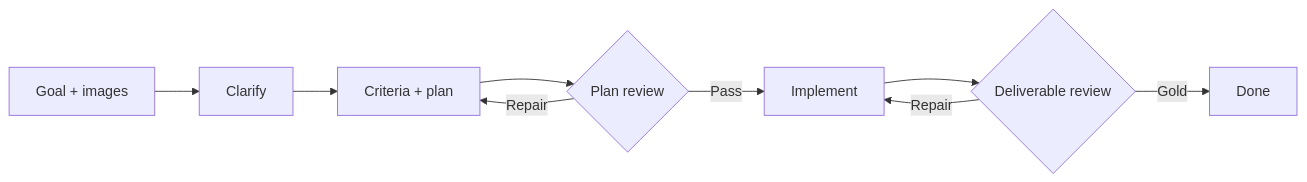
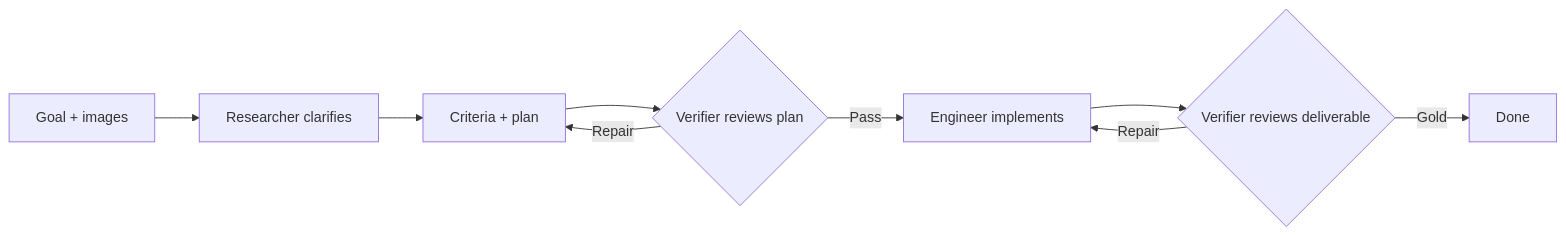
The diagram in README.md (barnlabs/LightningLoop), drawn with Mermaid before and after one commit. The commit also changed other lines of this file and 28 other files, not shown here.

First line of the commit message:
feat(loop): Researcher, Engineer, Verifier with reputable sources, browser, and shipped skills

````diff
--- a/README.md
+++ b/README.md
@@ -36,11 +36,11 @@
 ```mermaid
 flowchart LR
-    G["Goal + images"] --> C["Clarify"]
+    G["Goal + images"] --> C["Researcher clarifies"]
     C --> P["Criteria + plan"]
-    P --> R1{"Plan review"}
+    P --> R1{"Verifier reviews plan"}
     R1 -->|Repair| P
-    R1 -->|Pass| I["Implement"]
-    I --> R2{"Deliverable review"}
+    R1 -->|Pass| I["Engineer implements"]
+    I --> R2{"Verifier reviews deliverable"}
     R2 -->|Repair| I
     R2 -->|Gold| D["Done"]
 ```
````
